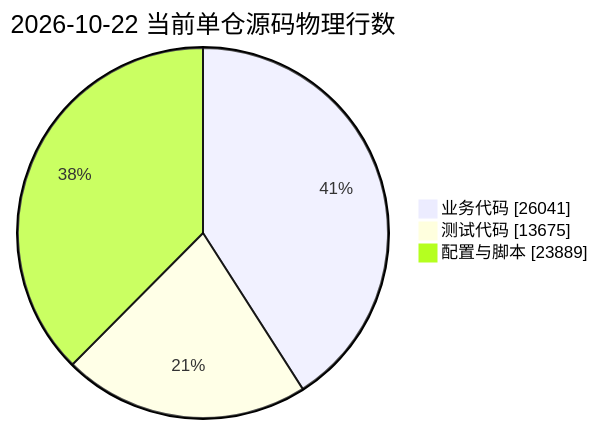
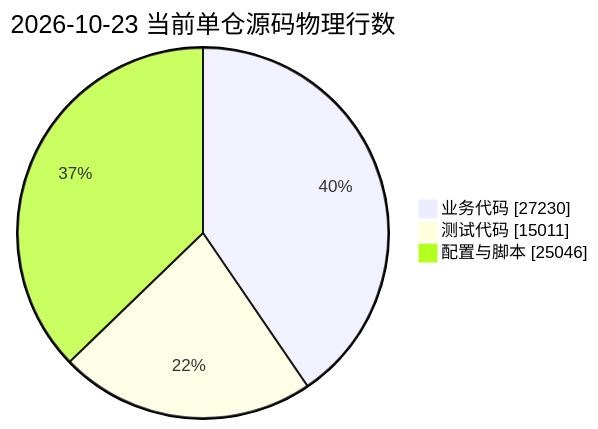
The fourth of 4 diagrams in README.md (JobsKits/MacOS_Extension), drawn with Mermaid before and after one commit. The commit also changed other lines of this file and 36 other files, not shown here.

````diff
--- a/README.md
+++ b/README.md
@@ -469,7 +475,7 @@
 ```mermaid
 pie showData
-    title 2026-10-22 当前单仓源码物理行数
-    "业务代码" : 26041
-    "测试代码" : 13675
-    "配置与脚本" : 23889
+    title 2026-10-23 当前单仓源码物理行数
+    "业务代码" : 27230
+    "测试代码" : 15011
+    "配置与脚本" : 25046
 ```
````
